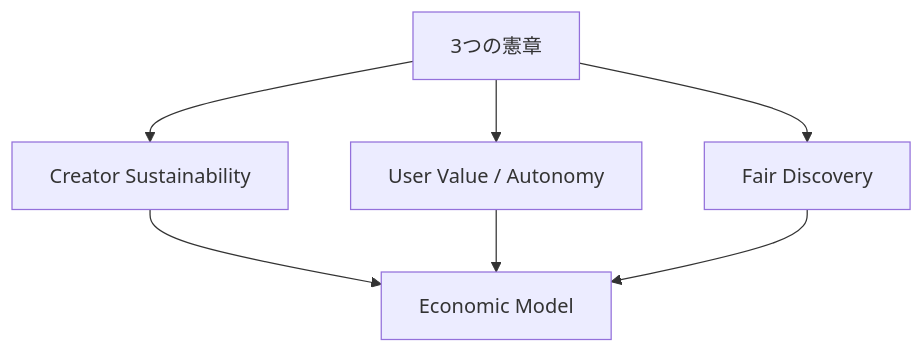
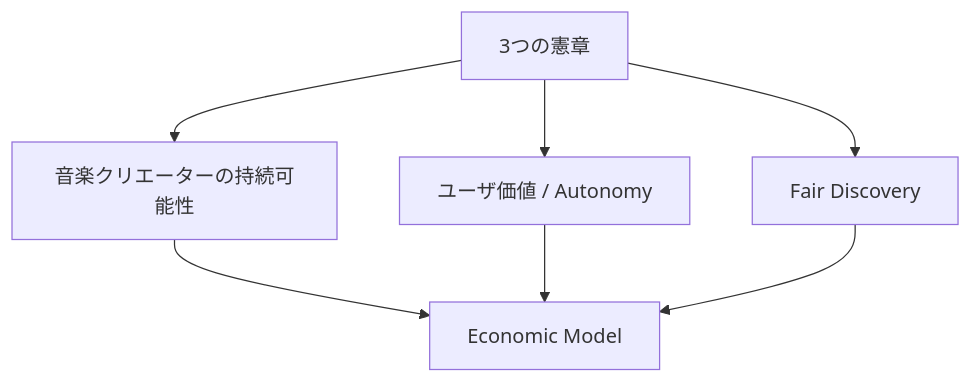
Before and after one commit to ShigeichiroYamasaki/creator-first-platform: diagram 25 of 27 in docs/whitepaper/06-economics-mathjax.md, drawn with Mermaid. The commit also changed other lines of this file and 67 other files, not shown here.

````diff
--- a/docs/whitepaper/06-economics-mathjax.md
+++ b/docs/whitepaper/06-economics-mathjax.md
@@ -1043,12 +1043,12 @@
 ```mermaid
 flowchart TD
     CONST[3つの憲章]
 
-    CONST --> CREATOR[Creator Sustainability]
-    CONST --> USER[User Value / Autonomy]
+    CONST --> CREATOR[音楽クリエーターの持続可能性]
+    CONST --> USER[ユーザ価値 / Autonomy]
     CONST --> FAIR[Fair Discovery]
 
     CREATOR --> ECON[Economic Model]
     USER --> ECON
     FAIR --> ECON
 ```
````
